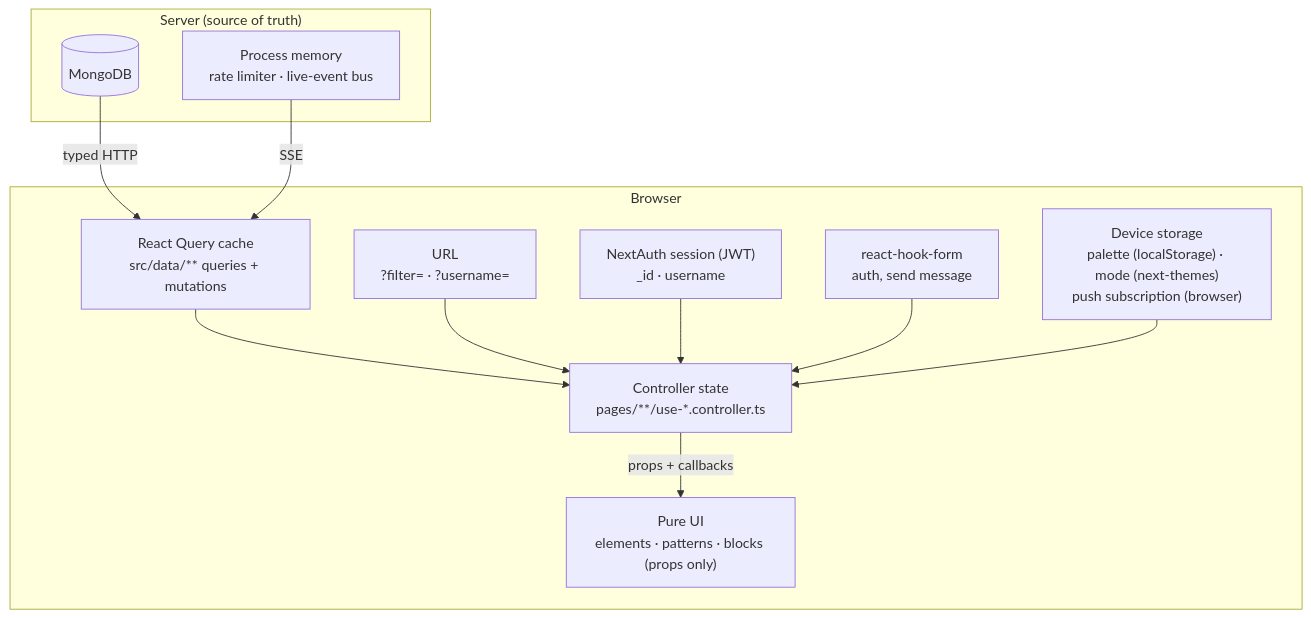
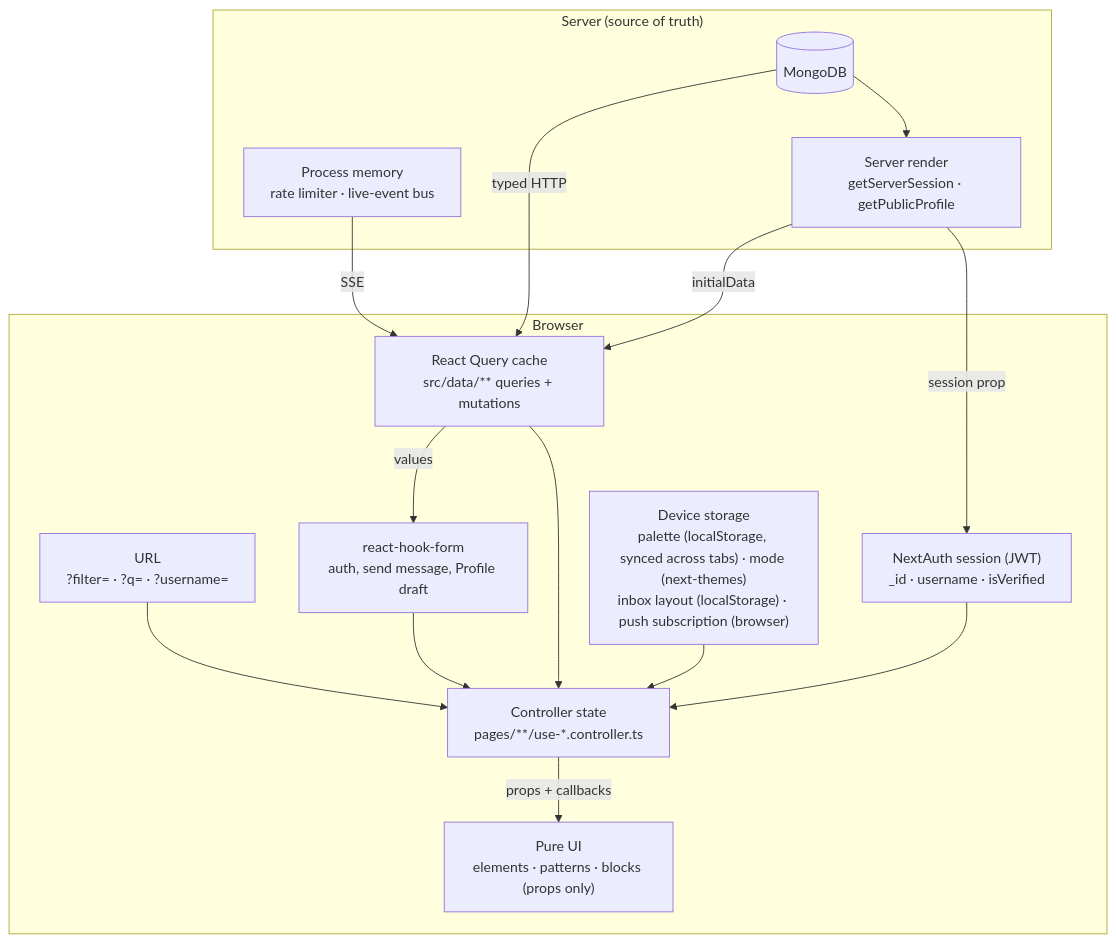
One commit to Abbas4tech/GhostMsg changed the first of 2 diagrams in docs/20-state-management.md. Above: the diagram before and after it, drawn with Mermaid. The commit also changed other lines of this file and 34 other files, not shown here.

Commit message:
feat: add OpenAPI specification, generated API schemas, and comprehensive documentation adrs

````diff
--- a/docs/20-state-management.md
+++ b/docs/20-state-management.md
@@ -11,24 +11,29 @@
 ```mermaid
 flowchart TB
     subgraph Server["Server (source of truth)"]
         DB[(MongoDB)]
         MEM["Process memory<br/>rate limiter · live-event bus"]
+        SSR["Server render<br/>getServerSession · getPublicProfile"]
     end
     subgraph Client["Browser"]
         RQ["React Query cache<br/>src/data/** queries + mutations"]
-        URL["URL<br/>?filter= · ?username="]
-        SESS["NextAuth session (JWT)<br/>_id · username"]
+        URL["URL<br/>?filter= · ?q= · ?username="]
+        SESS["NextAuth session (JWT)<br/>_id · username · isVerified"]
         CTRL["Controller state<br/>pages/**/use-*.controller.ts"]
-        FORM["react-hook-form<br/>auth, send message"]
-        DEV["Device storage<br/>palette (localStorage) · mode (next-themes)<br/>push subscription (browser)"]
+        FORM["react-hook-form<br/>auth, send message, Profile draft"]
+        DEV["Device storage<br/>palette (localStorage, synced across tabs) · mode (next-themes)<br/>inbox layout (localStorage) · push subscription (browser)"]
         UI["Pure UI<br/>elements · patterns · blocks (props only)"]
     end
     DB -->|"typed HTTP"| RQ
     MEM -->|"SSE"| RQ
+    DB --> SSR
+    SSR -->|"initialData"| RQ
+    SSR -->|"session prop"| SESS
+    RQ -->|"values"| FORM
     RQ --> CTRL
     URL --> CTRL
     SESS --> CTRL
     FORM --> CTRL
     DEV --> CTRL
     CTRL -->|props + callbacks| UI
 ```
````
